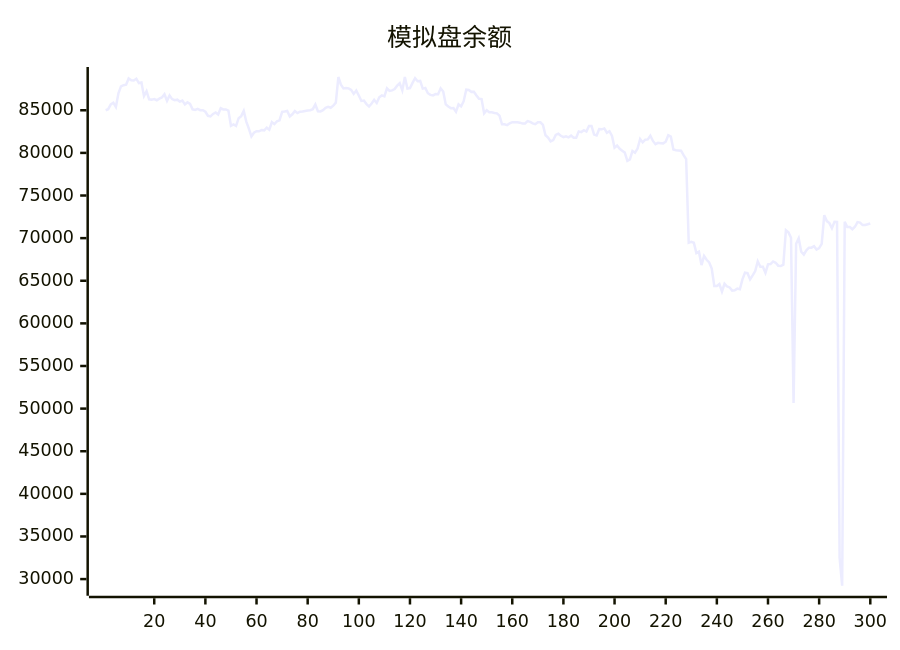
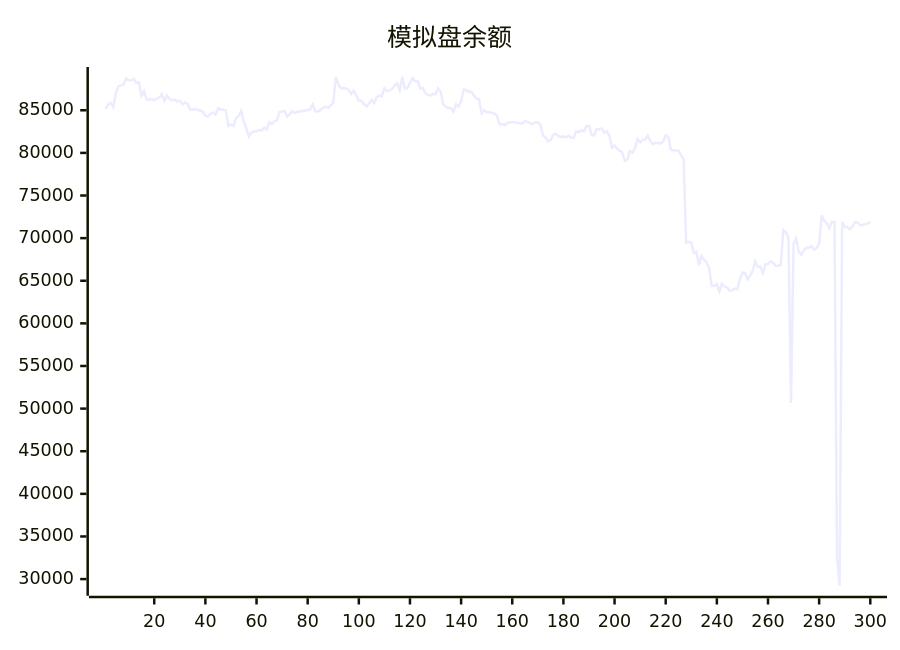
One commit to aahl/ai-trading changed the diagram in README.md. Above: the diagram before and after it, drawn with Mermaid. The commit also changed other lines of this file and 1 other file, not shown here.

````diff
--- a/README.md
+++ b/README.md
@@ -5,5 +5,5 @@
 ```mermaid
 xychart
     title "模拟盘余额"
-    line [85001,85127,85693,85891,85384,87001,87811,87945,88007,88734,88528,88495,88705,88189,88248,86662,87234,86279,86251,86314,86177,86364,86503,86886,86114,86731,86310,86176,86240,86017,86136,85685,85938,85749,85111,85044,85164,85016,85008,84824,84354,84287,84572,84745,84500,85234,85096,85095,84970,83180,83338,83157,84070,84309,84922,83667,82850,81924,82369,82552,82539,82695,82648,82962,82728,83619,83378,83710,83825,84819,84854,84917,84265,84527,84919,84668,84834,84850,84916,84981,85004,85131,85674,84891,84864,85019,85284,85393,85294,85538,85894,88904,88012,87567,87625,87568,87386,86920,87313,86737,86094,86143,85725,85437,85787,86219,85859,86526,86740,86630,87563,87264,87335,87483,87886,88180,87335,88894,87544,87608,88207,88755,88401,88444,87543,87608,87000,86810,86740,86894,86884,87576,87209,85686,85435,85251,85255,84820,85689,85453,86066,87420,87373,87161,87178,86740,86341,86315,84643,85012,84772,84768,84690,84635,84376,83360,83357,83259,83474,83608,83606,83602,83548,83440,83454,83724,83644,83464,83365,83590,83592,83275,82072,81806,81344,81492,82109,82254,82006,81848,81955,81829,82022,81769,81776,82522,82441,82656,82498,83144,83144,82150,82038,82797,82763,82872,82367,82536,81981,80612,80862,80484,80242,80034,79063,79245,80226,80016,80507,81625,81233,81544,81578,82016,81401,81019,81186,81130,81118,81306,82066,81909,80392,80304,80291,80258,79729,79261,69466,69579,69456,68251,68415,66832,67911,67462,67144,66432,64380,64375,64606,63740,64647,64324,64216,63842,63877,64078,64008,65156,65945,65888,65157,65625,66144,67284,66653,66639,65924,66925,66956,67263,67108,66766,66729,66886,70927,70673,70049,50652,69334,69973,68400,68061,68578,68876,68879,69055,68662,68822,69329,72687,71999,71760,71162,71911,71896,32500,29218,71927,71297,71305,71044,71337,71883,71822,71536,71536,71622,71723]
+    line [85127,85693,85891,85384,87001,87811,87945,88007,88734,88528,88495,88705,88189,88248,86662,87234,86279,86251,86314,86177,86364,86503,86886,86114,86731,86310,86176,86240,86017,86136,85685,85938,85749,85111,85044,85164,85016,85008,84824,84354,84287,84572,84745,84500,85234,85096,85095,84970,83180,83338,83157,84070,84309,84922,83667,82850,81924,82369,82552,82539,82695,82648,82962,82728,83619,83378,83710,83825,84819,84854,84917,84265,84527,84919,84668,84834,84850,84916,84981,85004,85131,85674,84891,84864,85019,85284,85393,85294,85538,85894,88904,88012,87567,87625,87568,87386,86920,87313,86737,86094,86143,85725,85437,85787,86219,85859,86526,86740,86630,87563,87264,87335,87483,87886,88180,87335,88894,87544,87608,88207,88755,88401,88444,87543,87608,87000,86810,86740,86894,86884,87576,87209,85686,85435,85251,85255,84820,85689,85453,86066,87420,87373,87161,87178,86740,86341,86315,84643,85012,84772,84768,84690,84635,84376,83360,83357,83259,83474,83608,83606,83602,83548,83440,83454,83724,83644,83464,83365,83590,83592,83275,82072,81806,81344,81492,82109,82254,82006,81848,81955,81829,82022,81769,81776,82522,82441,82656,82498,83144,83144,82150,82038,82797,82763,82872,82367,82536,81981,80612,80862,80484,80242,80034,79063,79245,80226,80016,80507,81625,81233,81544,81578,82016,81401,81019,81186,81130,81118,81306,82066,81909,80392,80304,80291,80258,79729,79261,69466,69579,69456,68251,68415,66832,67911,67462,67144,66432,64380,64375,64606,63740,64647,64324,64216,63842,63877,64078,64008,65156,65945,65888,65157,65625,66144,67284,66653,66639,65924,66925,66956,67263,67108,66766,66729,66886,70927,70673,70049,50652,69334,69973,68400,68061,68578,68876,68879,69055,68662,68822,69329,72687,71999,71760,71162,71911,71896,32500,29218,71927,71297,71305,71044,71337,71883,71822,71536,71536,71622,71723,71880]
 ```
````
